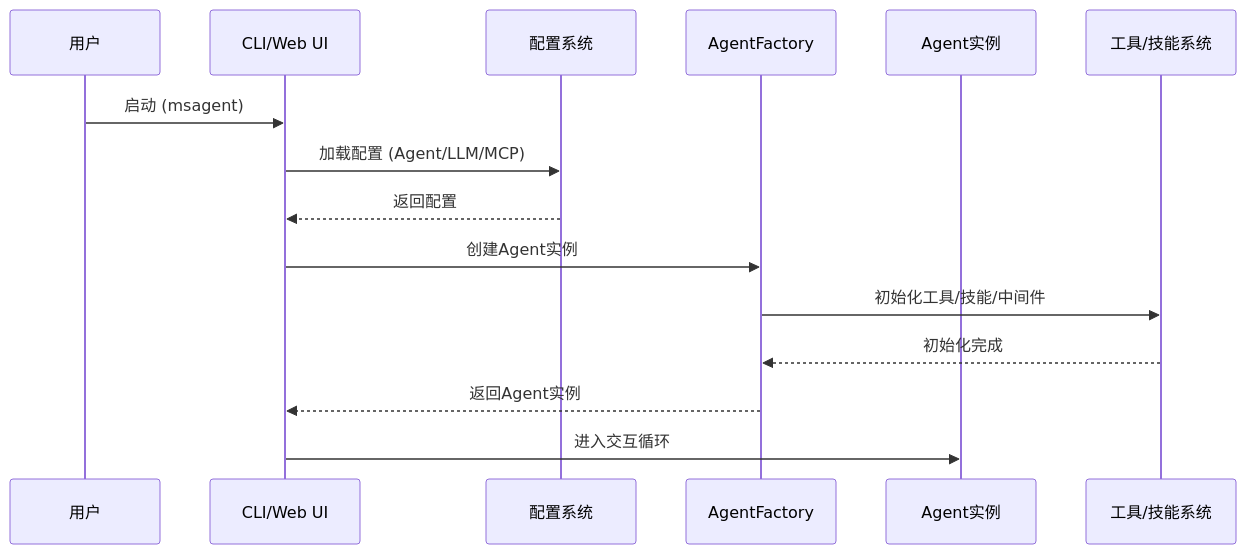
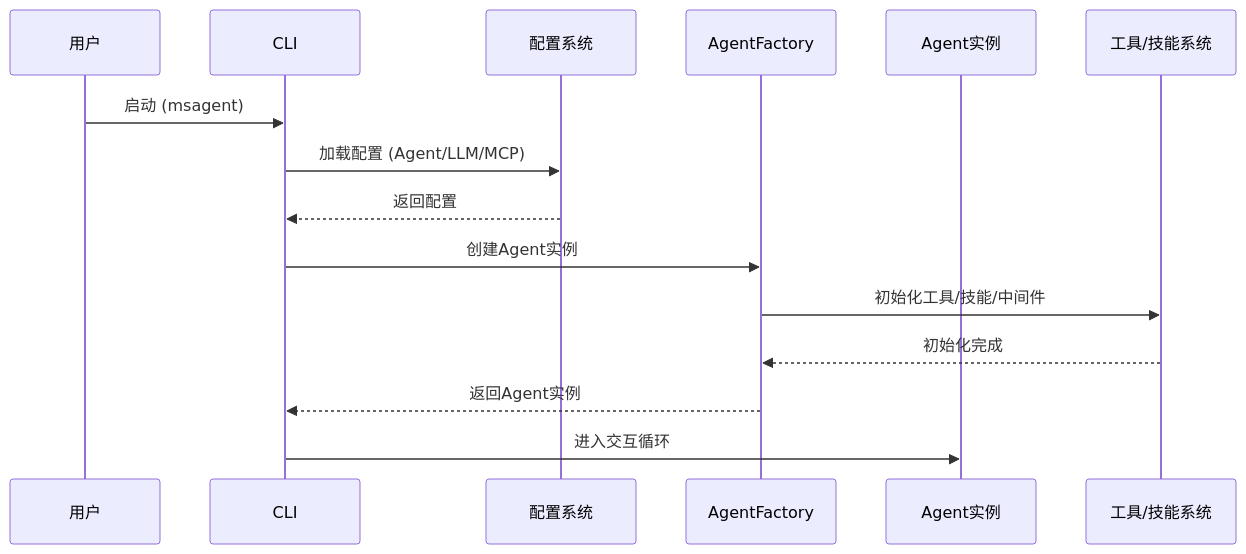
The first of 2 diagrams in docs/zh/developer_guide/arch_overview.md (Krusty84/msagent), drawn with Mermaid before and after one commit. The commit also changed other lines of this file and 14 other files, not shown here.

````diff
--- a/docs/zh/developer_guide/arch_overview.md
+++ b/docs/zh/developer_guide/arch_overview.md
@@ -151,18 +145,18 @@
 ```mermaid
 sequenceDiagram
     participant User as 用户
-    participant CLI as CLI/Web UI
+    participant CLI as CLI
     participant Config as 配置系统
     participant Factory as AgentFactory
     participant Agent as Agent实例
     participant Tool as 工具/技能系统
 
     User->>CLI: 启动 (msagent)
     CLI->>Config: 加载配置 (Agent/LLM/MCP)
     Config-->>CLI: 返回配置
     CLI->>Factory: 创建Agent实例
     Factory->>Tool: 初始化工具/技能/中间件
     Tool-->>Factory: 初始化完成
     Factory-->>CLI: 返回Agent实例
     CLI->>Agent: 进入交互循环
 ```
````
